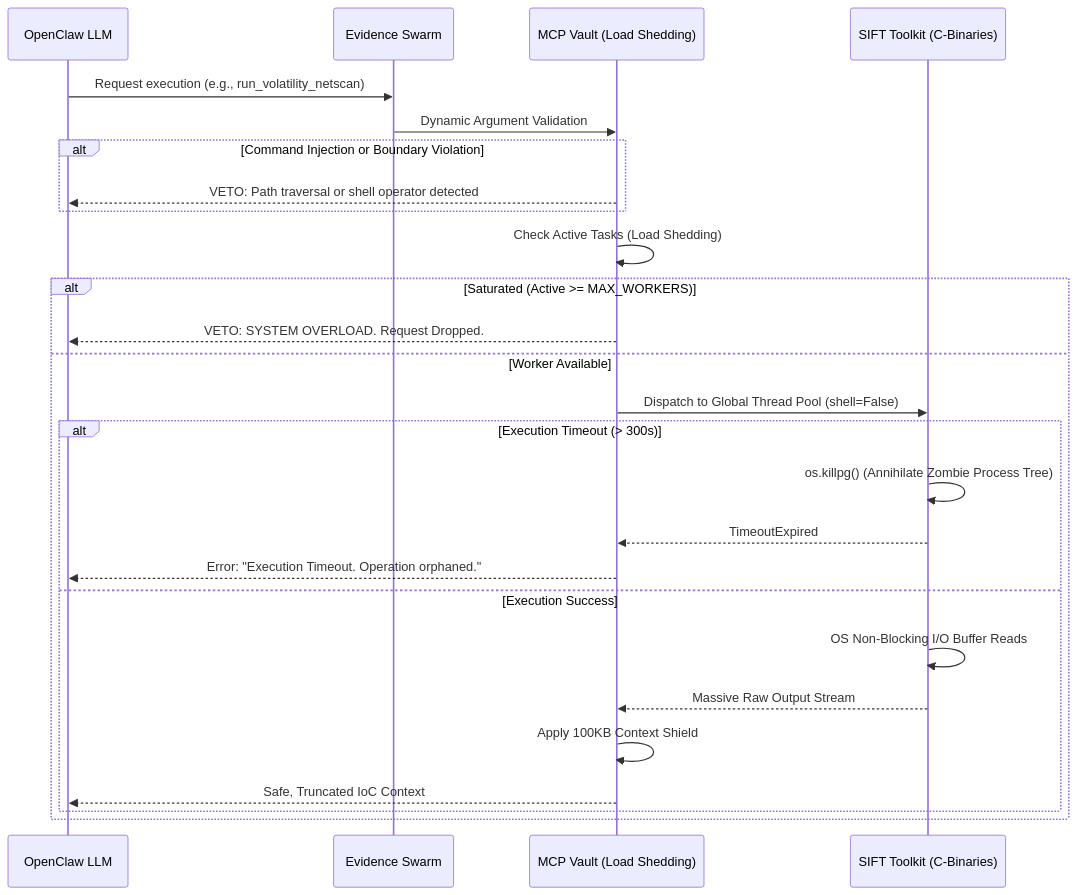
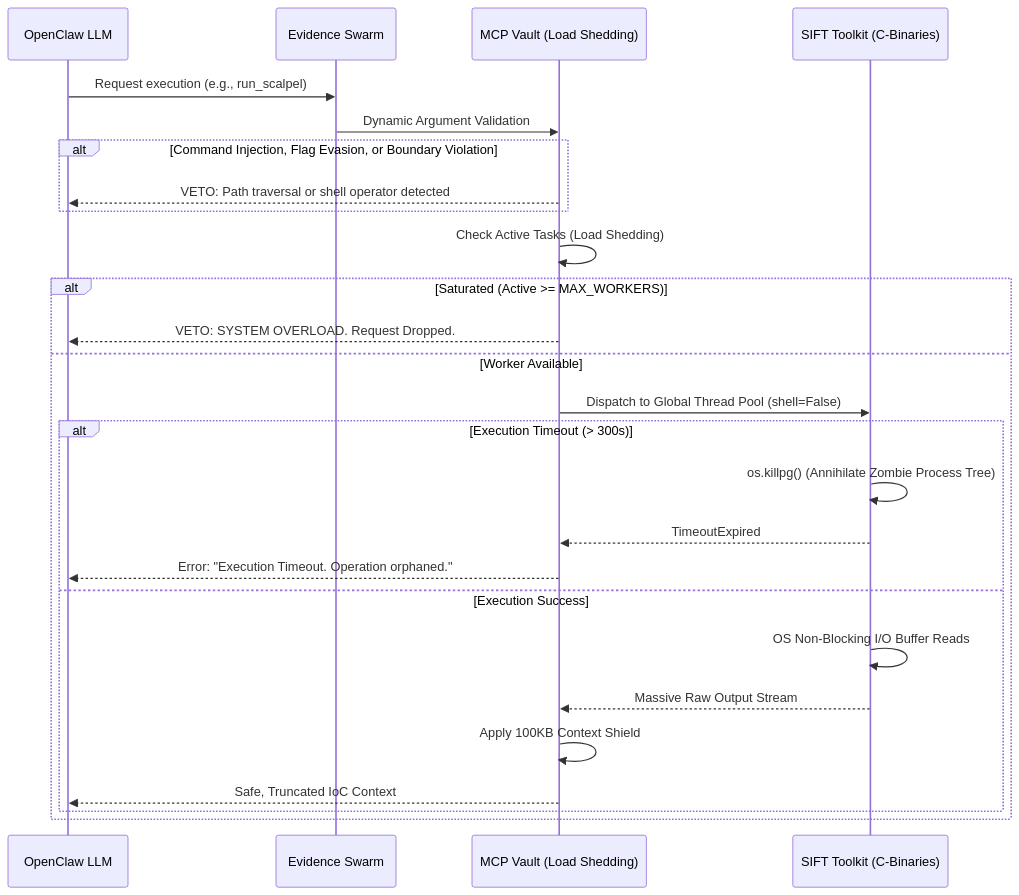
Before and after one commit to ArcVielLouvent/yomi-triage-system: the second of 4 diagrams in README.md, drawn with Mermaid. The commit also changed other lines of this file, not shown here.

````diff
--- a/README.md
+++ b/README.md
@@ -159,32 +159,32 @@
 ```mermaid
 sequenceDiagram;
     participant LLM as OpenClaw LLM
     participant Swarm as Evidence Swarm
     participant Vault as MCP Vault (Load Shedding)
     participant SIFT as SIFT Toolkit (C-Binaries)
 
-    LLM->>Swarm: Request execution (e.g., run_volatility_netscan)
+    LLM->>Swarm: Request execution (e.g., run_scalpel)
     Swarm->>Vault: Dynamic Argument Validation
     
-    alt Command Injection or Boundary Violation
+    alt Command Injection, Flag Evasion, or Boundary Violation
         Vault-->>LLM: VETO: Path traversal or shell operator detected
     end
 
     Vault->>Vault: Check Active Tasks (Load Shedding)
     alt Saturated (Active >= MAX_WORKERS)
         Vault-->>LLM: VETO: SYSTEM OVERLOAD. Request Dropped.
     else Worker Available
         Vault->>SIFT: Dispatch to Global Thread Pool (shell=False)
 
         alt Execution Timeout (> 300s)
             SIFT->>SIFT: os.killpg() (Annihilate Zombie Process Tree)
             SIFT-->>Vault: TimeoutExpired
             Vault-->>LLM: Error: "Execution Timeout. Operation orphaned."
         else Execution Success
             SIFT->>SIFT: OS Non-Blocking I/O Buffer Reads
             SIFT-->>Vault: Massive Raw Output Stream
             Vault->>Vault: Apply 100KB Context Shield
             Vault-->>LLM: Safe, Truncated IoC Context
         end
     end
 ```
````
